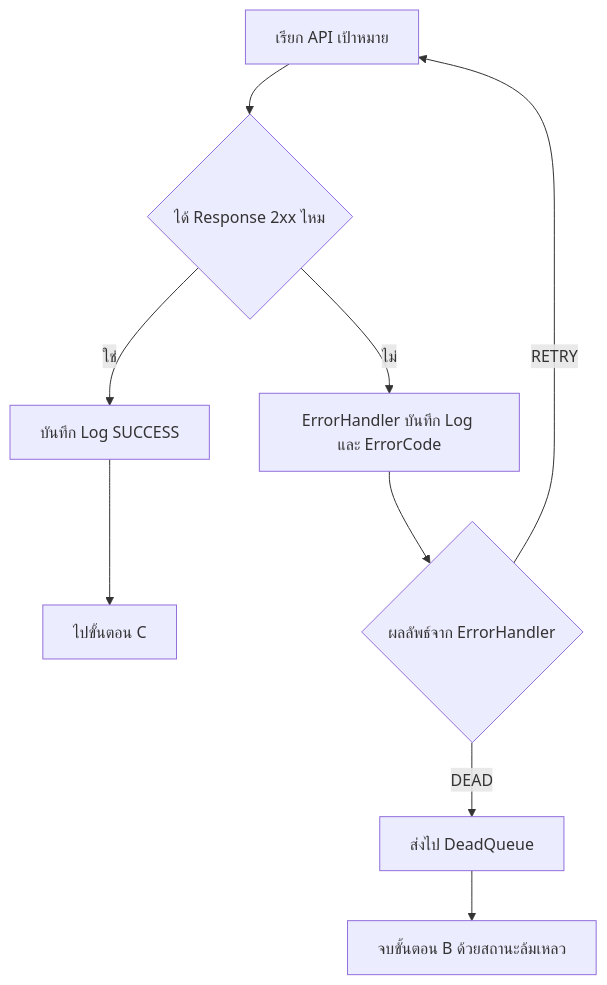
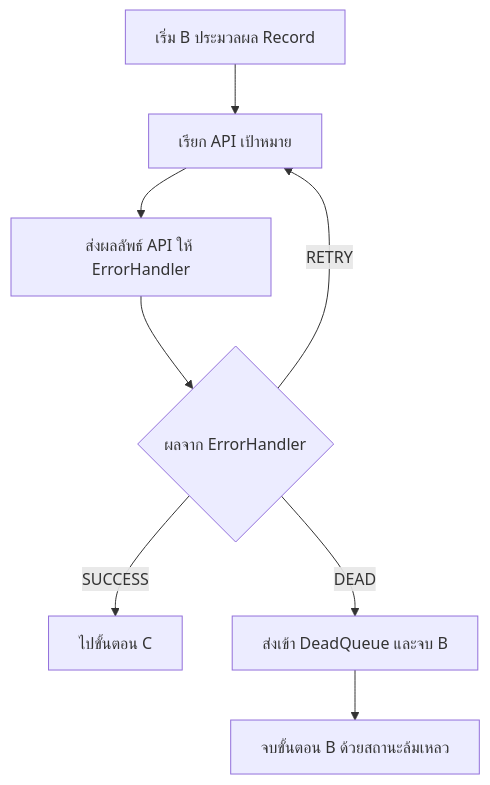
Before and after one commit to MethapornANT/FlowEngine: the diagram in ทำใหม่ V2/B_GetCSC.mmd, drawn with Mermaid. The commit also changed 4 other files, not shown here.

```diff
--- a/ทำใหม่ V2/B_GetCSC.mmd
+++ b/ทำใหม่ V2/B_GetCSC.mmd
@@ -1,15 +1,12 @@
 graph TD
-B[เรียก API เป้าหมาย] --> C{ได้ Response 2xx ไหม}
+B_Start[เริ่ม B ประมวลผล Record] --> B_Call[เรียก API เป้าหมาย]
 
-C -- ใช่ --> F[บันทึก Log SUCCESS]
-F --> K[ไปขั้นตอน C]
+B_Call --> B_EH[ส่งผลลัพธ์ API ให้ ErrorHandler]
 
-C -- ไม่ --> E[ErrorHandler บันทึก Log และ ErrorCode]
+B_EH --> B_Result{ผลจาก ErrorHandler}
 
-E --> R{ผลลัพธ์จาก ErrorHandler}
+B_Result -- SUCCESS --> C_Start[ไปขั้นตอน C]
+B_Result -- RETRY --> B_Call
+B_Result -- DEAD --> B_Dead[ส่งเข้า DeadQueue และจบ B]
 
-R -- RETRY --> B
-R -- DEAD --> H[ส่งไป DeadQueue]
-
-
-H --> B_End[จบขั้นตอน B ด้วยสถานะล้มเหลว]
+B_Dead --> B_End[จบขั้นตอน B ด้วยสถานะล้มเหลว]
```
